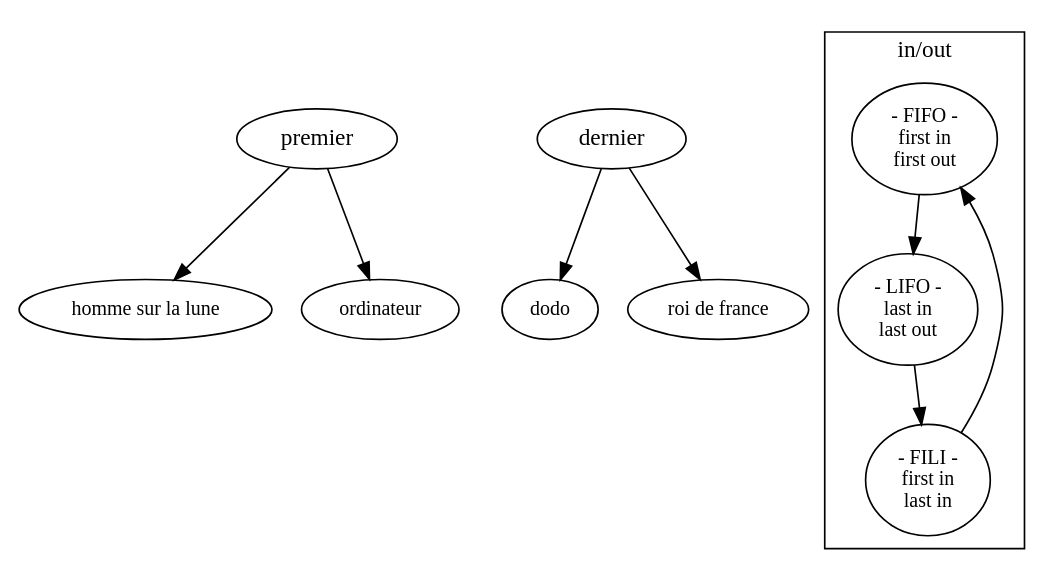
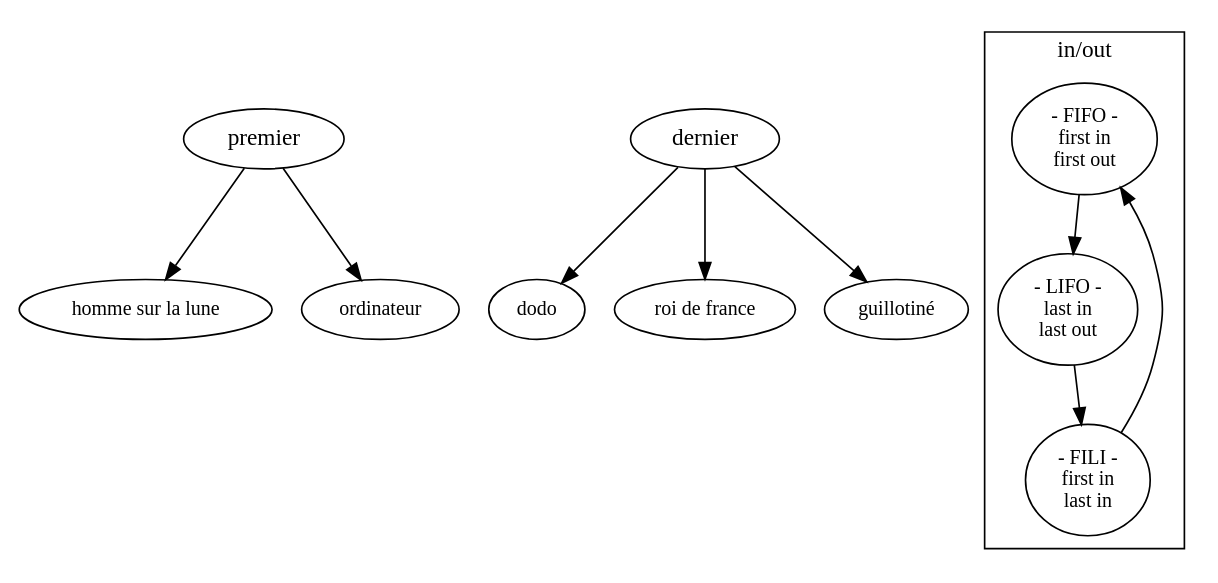
The diagram in sujet.dot (ensad-nancy/first-last), drawn with Graphviz before and after one commit.

Commit message:
+	last -> "guillotiné"

```diff
--- a/sujet.dot
+++ b/sujet.dot
@@ -1,29 +1,30 @@
 digraph {
 
 	first [label="premier"]
 	last [label="dernier"]
 	
 	fontname="myriadpro"
 	fontsize = 14
 	
 	node [fontname="myriadpro", fontsize = 12]
 	edge [fontname="monaco", fontsize = 10]
 
 	first -> "homme sur la lune"
 	first -> "ordinateur"
 	
 	last -> dodo
 	last -> "roi de france"
+	last -> "guillotiné"
 
 	subgraph cluster_FO{
 	
 		label="in/out"
 		
 		FIFO [label="- FIFO -\nfirst in\nfirst out"]
 		LIFO [label="- LIFO -\nlast in\nlast out"]
 		FILI [label="- FILI -\nfirst in\n last in"]
 
 		FILI -> FIFO -> LIFO -> FILI
 	}
 	
 }
```
